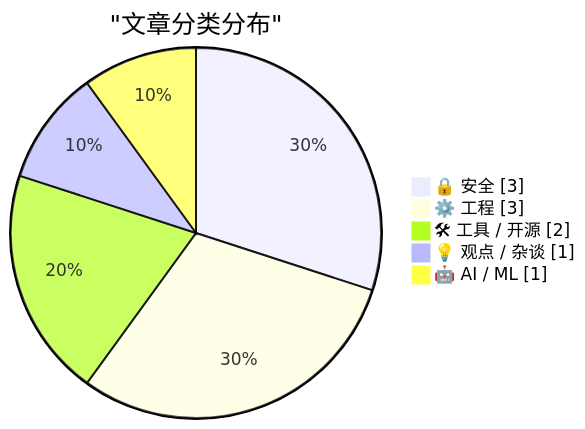
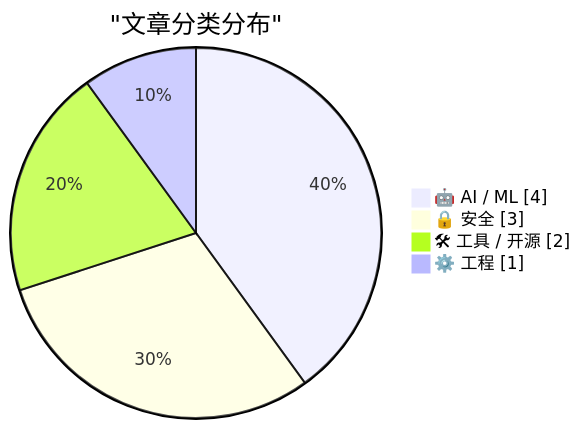
The first of 2 diagrams in content/ai-daily/2026-03-24.md (originem0/SZBlog), drawn with Mermaid before and after one commit. The commit also changed other lines of this file, not shown here.

````diff
--- a/content/ai-daily/2026-03-24.md
+++ b/content/ai-daily/2026-03-24.md
@@ -60,9 +60,8 @@
 ```mermaid
 pie showData
     title "文章分类分布"
+    "🤖 AI / ML" : 4
     "🔒 安全" : 3
-    "⚙️ 工程" : 3
     "🛠 工具 / 开源" : 2
-    "💡 观点 / 杂谈" : 1
-    "🤖 AI / ML" : 1
+    "⚙️ 工程" : 1
 ```
````
